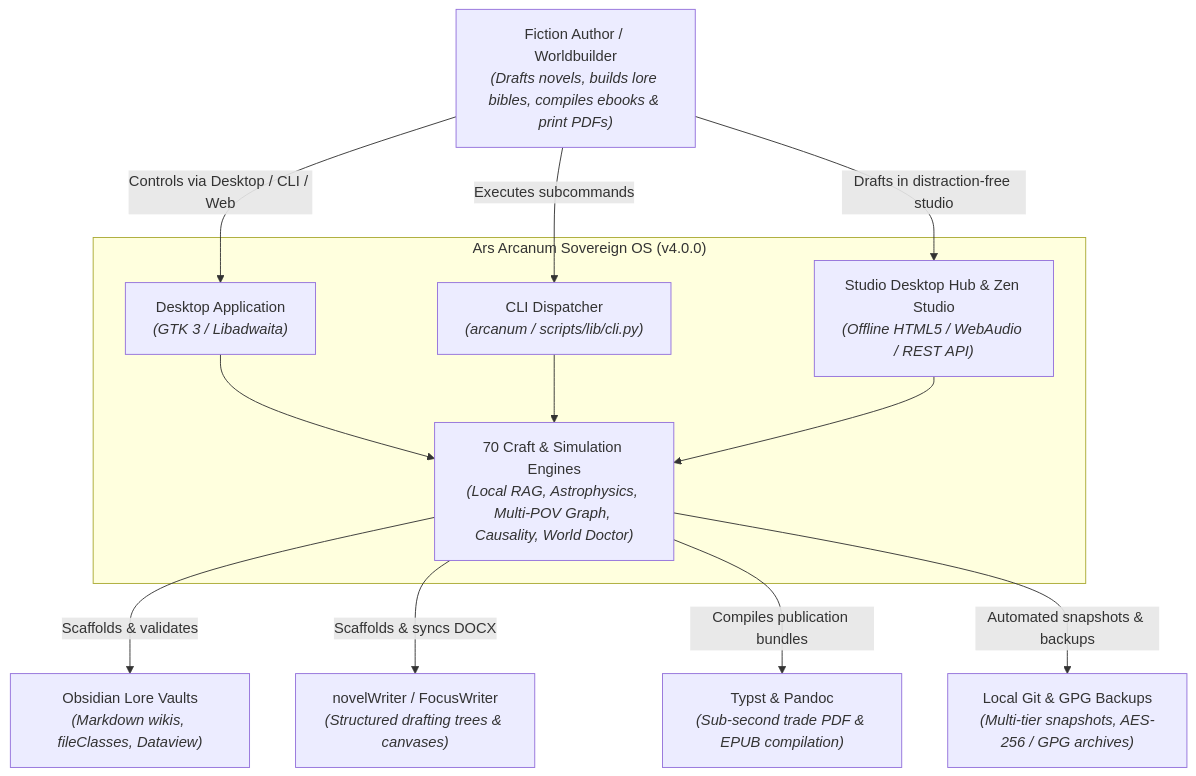
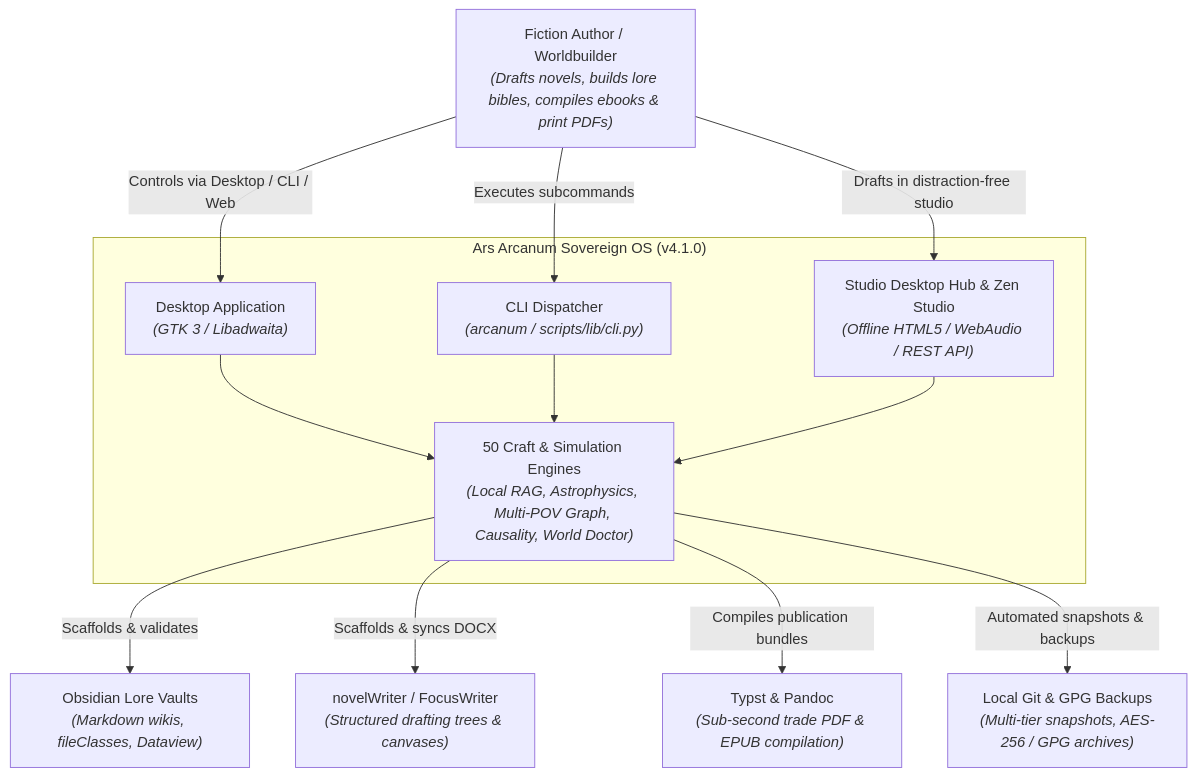
The first of 6 diagrams in docs/ARCHITECTURE.md (aryansinghnagar/Scriptorium), drawn with Mermaid before and after one commit. The commit also changed other lines of this file and 15 other files, not shown here.

````diff
--- a/docs/ARCHITECTURE.md
+++ b/docs/ARCHITECTURE.md
@@ -222,29 +221,29 @@
 ```mermaid
 flowchart TD
     AUTHOR["Fiction Author / Worldbuilder<br/><i>(Drafts novels, builds lore bibles, compiles ebooks & print PDFs)</i>"]
     
-    subgraph ARCANUM["Ars Arcanum Sovereign OS (v4.0.0)"]
+    subgraph ARCANUM["Ars Arcanum Sovereign OS (v4.1.0)"]
         CLI["CLI Dispatcher<br/><i>(arcanum / scripts/lib/cli.py)</i>"]
         GUI["Desktop Application<br/><i>(GTK 3 / Libadwaita)</i>"]
         HUB["Studio Desktop Hub & Zen Studio<br/><i>(Offline HTML5 / WebAudio / REST API)</i>"]
-        ENGINES["70 Craft & Simulation Engines<br/><i>(Local RAG, Astrophysics, Multi-POV Graph, Causality, World Doctor)</i>"]
+        ENGINES["50 Craft & Simulation Engines<br/><i>(Local RAG, Astrophysics, Multi-POV Graph, Causality, World Doctor)</i>"]
     end
     
     OBSIDIAN["Obsidian Lore Vaults<br/><i>(Markdown wikis, fileClasses, Dataview)</i>"]
     NOVELWRITER["novelWriter / FocusWriter<br/><i>(Structured drafting trees & canvases)</i>"]
     TYPST_PANDOC["Typst & Pandoc<br/><i>(Sub-second trade PDF & EPUB compilation)</i>"]
     GIT_VCS["Local Git & GPG Backups<br/><i>(Multi-tier snapshots, AES-256 / GPG archives)</i>"]
 
     AUTHOR -->|Controls via Desktop / CLI / Web| GUI
     AUTHOR -->|Executes subcommands| CLI
     AUTHOR -->|Drafts in distraction-free studio| HUB
     
     GUI --> ENGINES
     CLI --> ENGINES
     HUB --> ENGINES
     
     ENGINES -->|Scaffolds & validates| OBSIDIAN
     ENGINES -->|Scaffolds & syncs DOCX| NOVELWRITER
     ENGINES -->|Compiles publication bundles| TYPST_PANDOC
     ENGINES -->|Automated snapshots & backups| GIT_VCS
 ```
````
